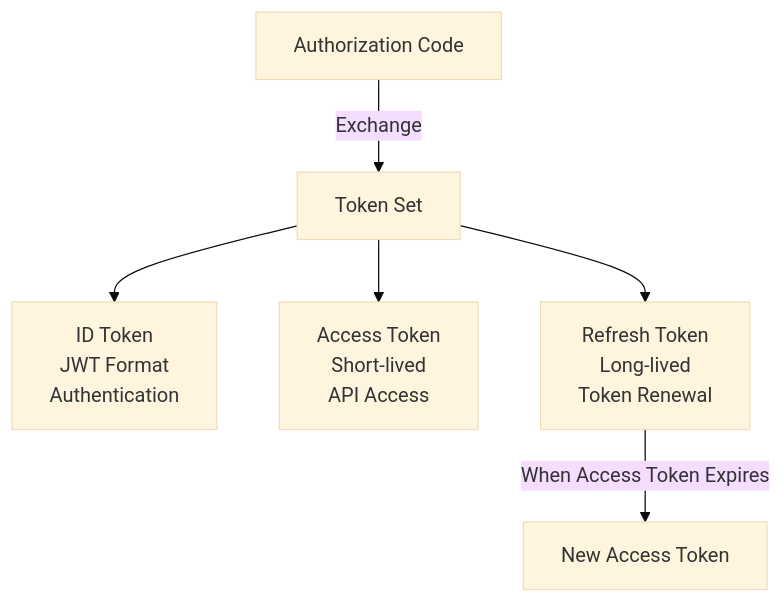
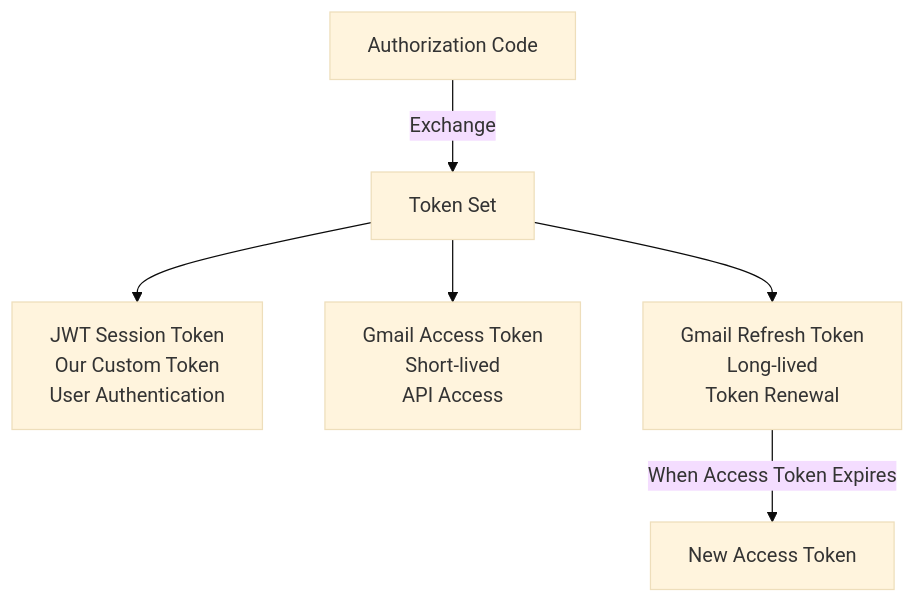
The sixth of 8 diagrams in data/blog/implementing-email-analysis-with-google-oauth.mdx (Skymore/ruit.me), drawn with Mermaid (base theme) before and after one commit. The commit also changed other lines of this file and 5 other files, not shown here.

````diff
--- a/data/blog/implementing-email-analysis-with-google-oauth.mdx
+++ b/data/blog/implementing-email-analysis-with-google-oauth.mdx
@@ -184,8 +255,8 @@
 ```mermaid
 graph TD
     A[Authorization Code] -->|Exchange| B[Token Set]
-    B --> C[ID Token<br/>JWT Format<br/>Authentication]
-    B --> D[Access Token<br/>Short-lived<br/>API Access]
-    B --> E[Refresh Token<br/>Long-lived<br/>Token Renewal]
+    B --> C[JWT Session Token<br/>Our Custom Token<br/>User Authentication]
+    B --> D[Gmail Access Token<br/>Short-lived<br/>API Access]
+    B --> E[Gmail Refresh Token<br/>Long-lived<br/>Token Renewal]
     E -->|When Access Token Expires| F[New Access Token]
 ```
````
